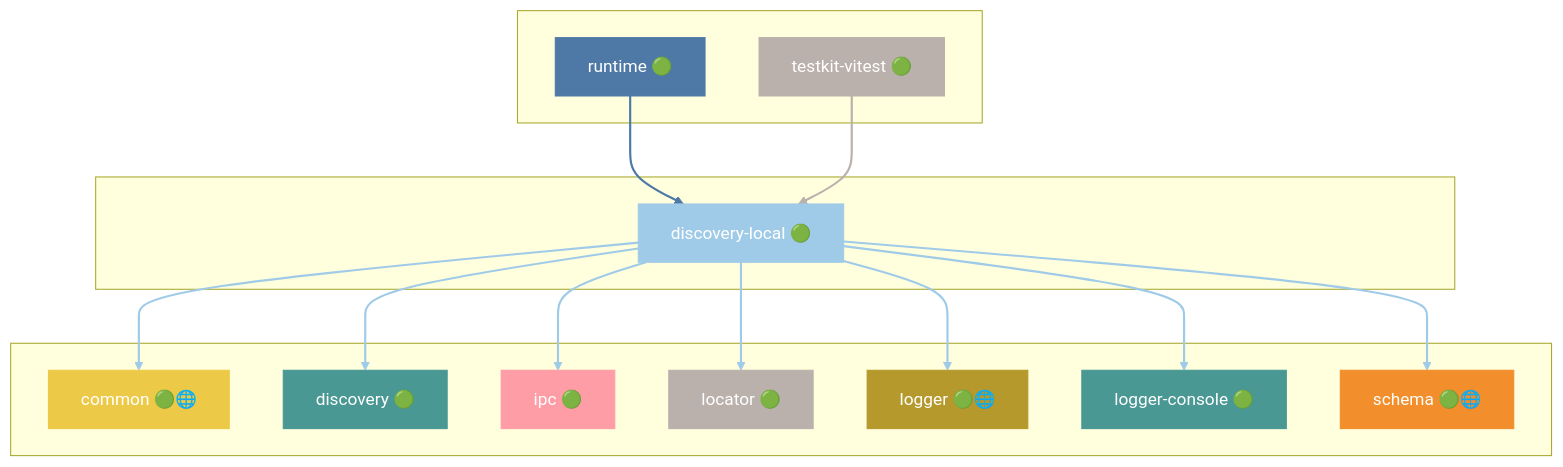
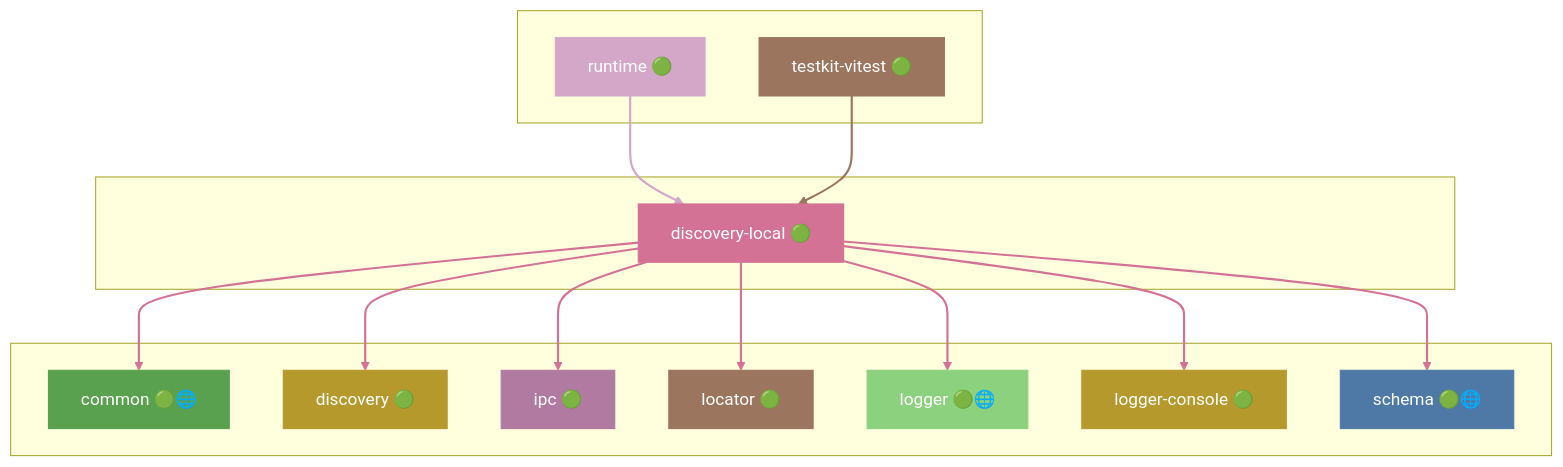
Before and after one commit to grest-ts/grest-ts: diagram 16 of 49 in docs/DEPENDENCIES.md, drawn with Mermaid. The commit also changed other lines of this file and 8 other files, not shown here.

````diff
--- a/docs/DEPENDENCIES.md
+++ b/docs/DEPENDENCIES.md
@@ -1063,47 +1029,47 @@
 ```mermaid
 flowchart TB
     subgraph Dependents[" "]
         runtime["runtime 🟢"]
         testkit-vitest["testkit-vitest 🟢"]
     end
     subgraph Package[" "]
         discovery-local["discovery-local 🟢"]
     end
     subgraph Dependencies[" "]
         common["common 🟢🌐"]
         discovery["discovery 🟢"]
         ipc["ipc 🟢"]
         locator["locator 🟢"]
         logger["logger 🟢🌐"]
         logger-console["logger-console 🟢"]
         schema["schema 🟢🌐"]
     end
     runtime --> discovery-local
     testkit-vitest --> discovery-local
     discovery-local --> common
     discovery-local --> discovery
     discovery-local --> ipc
     discovery-local --> locator
     discovery-local --> logger
     discovery-local --> logger-console
     discovery-local --> schema
-    style discovery-local fill:#A0CBE8,stroke:#A0CBE8,color:#fff
-    style runtime fill:#4E79A7,stroke:#4E79A7,color:#fff
-    style testkit-vitest fill:#BAB0AC,stroke:#BAB0AC,color:#fff
-    style common fill:#EDC948,stroke:#EDC948,color:#fff
-    style discovery fill:#499894,stroke:#499894,color:#fff
-    style ipc fill:#FF9DA7,stroke:#FF9DA7,color:#fff
-    style locator fill:#BAB0AC,stroke:#BAB0AC,color:#fff
-    style logger fill:#B6992D,stroke:#B6992D,color:#fff
-    style logger-console fill:#499894,stroke:#499894,color:#fff
-    style schema fill:#F28E2B,stroke:#F28E2B,color:#fff
-    linkStyle 0 stroke:#4E79A7,stroke-width:2px
-    linkStyle 1 stroke:#BAB0AC,stroke-width:2px
-    linkStyle 2 stroke:#A0CBE8,stroke-width:2px
-    linkStyle 3 stroke:#A0CBE8,stroke-width:2px
-    linkStyle 4 stroke:#A0CBE8,stroke-width:2px
-    linkStyle 5 stroke:#A0CBE8,stroke-width:2px
-    linkStyle 6 stroke:#A0CBE8,stroke-width:2px
-    linkStyle 7 stroke:#A0CBE8,stroke-width:2px
-    linkStyle 8 stroke:#A0CBE8,stroke-width:2px
+    style discovery-local fill:#D37295,stroke:#D37295,color:#fff
+    style runtime fill:#D4A6C8,stroke:#D4A6C8,color:#fff
+    style testkit-vitest fill:#9C755F,stroke:#9C755F,color:#fff
+    style common fill:#59A14F,stroke:#59A14F,color:#fff
+    style discovery fill:#B6992D,stroke:#B6992D,color:#fff
+    style ipc fill:#B07AA1,stroke:#B07AA1,color:#fff
+    style locator fill:#9C755F,stroke:#9C755F,color:#fff
+    style logger fill:#8CD17D,stroke:#8CD17D,color:#fff
+    style logger-console fill:#B6992D,stroke:#B6992D,color:#fff
+    style schema fill:#4E79A7,stroke:#4E79A7,color:#fff
+    linkStyle 0 stroke:#D4A6C8,stroke-width:2px
+    linkStyle 1 stroke:#9C755F,stroke-width:2px
+    linkStyle 2 stroke:#D37295,stroke-width:2px
+    linkStyle 3 stroke:#D37295,stroke-width:2px
+    linkStyle 4 stroke:#D37295,stroke-width:2px
+    linkStyle 5 stroke:#D37295,stroke-width:2px
+    linkStyle 6 stroke:#D37295,stroke-width:2px
+    linkStyle 7 stroke:#D37295,stroke-width:2px
+    linkStyle 8 stroke:#D37295,stroke-width:2px
 ```
````
